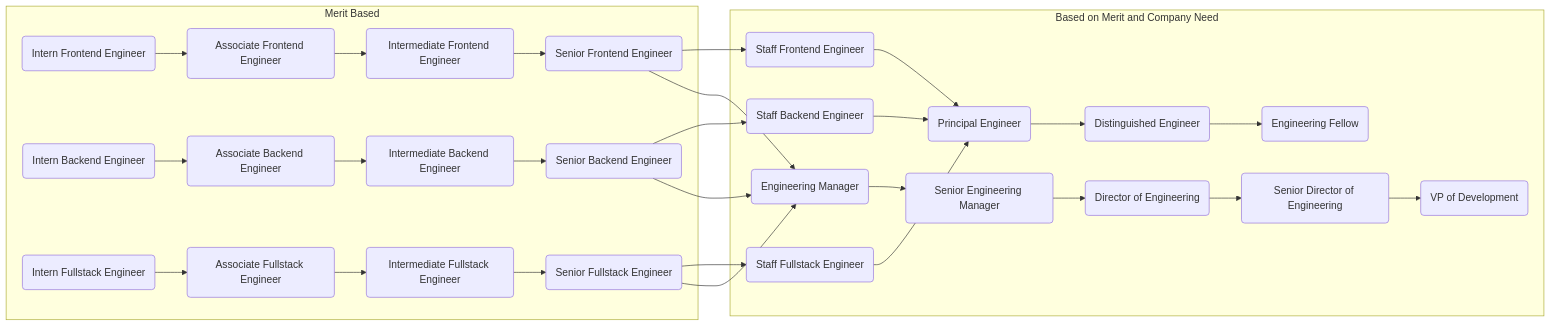
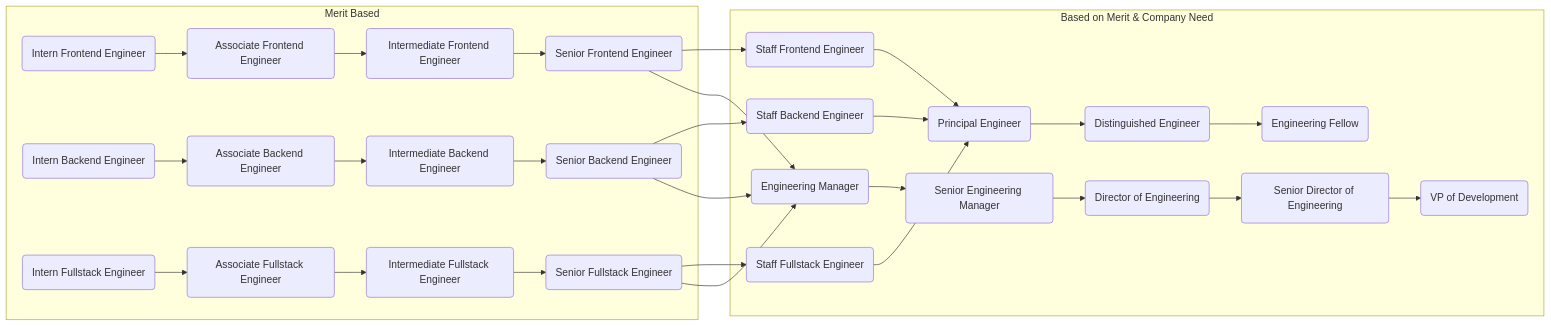
One commit to secretstartups/handbook changed the first of 5 diagrams in content/handbook/engineering/careers/_index.md. Above: the diagram before and after it, drawn with Mermaid. The commit also changed other lines of this file, not shown here.

Commit message:
Fix mermaid graph rendering due to syntax issue

```diff
--- a/content/handbook/engineering/careers/_index.md
+++ b/content/handbook/engineering/careers/_index.md
@@ -221,7 +221,7 @@
   click eng:fel "/job-families/engineering/engineering-management/#engineering-fellow";
 
   %% career progression
-  subgraph Based on Merit and Company Need
+  subgraph Based on Merit & Company Need
   eng:stfe & eng:em
   eng:stbe & eng:em
   eng:stfs & eng:em;
```
